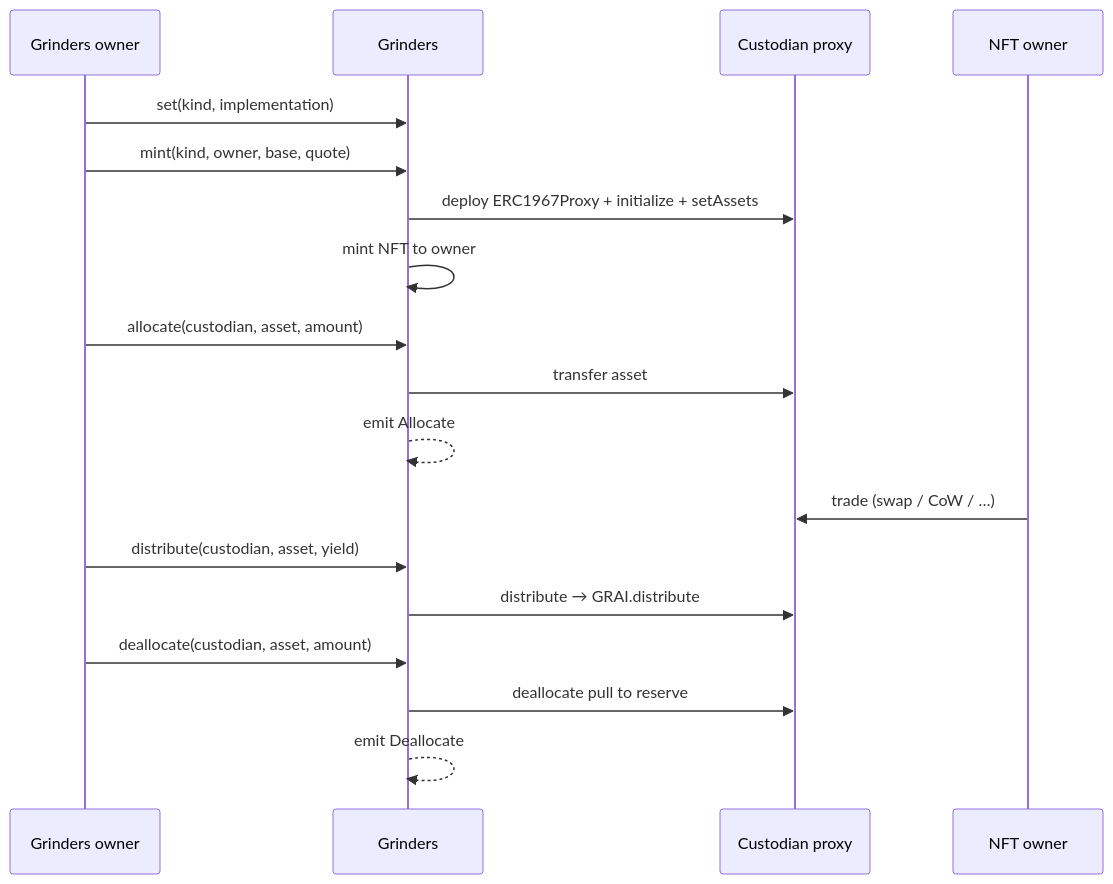
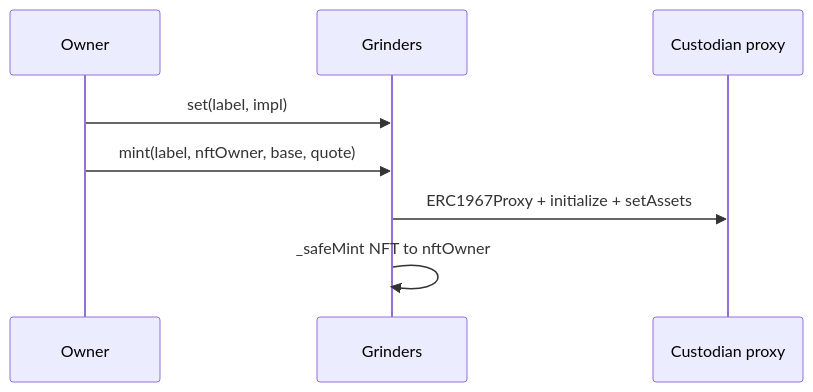
One commit to grindurus/grindurus-docs changed the first of 3 diagrams in protocol/grinders/mechanics.md. Above: the diagram before and after it, drawn with Mermaid. The commit also changed other lines of this file and 15 other files, not shown here.

````diff
--- a/protocol/grinders/mechanics.md
+++ b/protocol/grinders/mechanics.md
@@ -114,21 +97,11 @@
 ```mermaid
 sequenceDiagram
-    participant O as Grinders owner
+    participant O as Owner
     participant G as Grinders
     participant C as Custodian proxy
-    participant N as NFT owner
 
-    O->>G: set(kind, implementation)
-    O->>G: mint(kind, owner, base, quote)
-    G->>C: deploy ERC1967Proxy + initialize + setAssets
-    G->>G: mint NFT to owner
-    O->>G: allocate(custodian, asset, amount)
-    G->>C: transfer asset
-    G-->>G: emit Allocate
-    N->>C: trade (swap / CoW / …)
-    O->>G: distribute(custodian, asset, yield)
-    G->>C: distribute → GRAI.distribute
-    O->>G: deallocate(custodian, asset, amount)
-    G->>C: deallocate pull to reserve
-    G-->>G: emit Deallocate
+    O->>G: set(label, impl)
+    O->>G: mint(label, nftOwner, base, quote)
+    G->>C: ERC1967Proxy + initialize + setAssets
+    G->>G: _safeMint NFT to nftOwner
 ```
````
